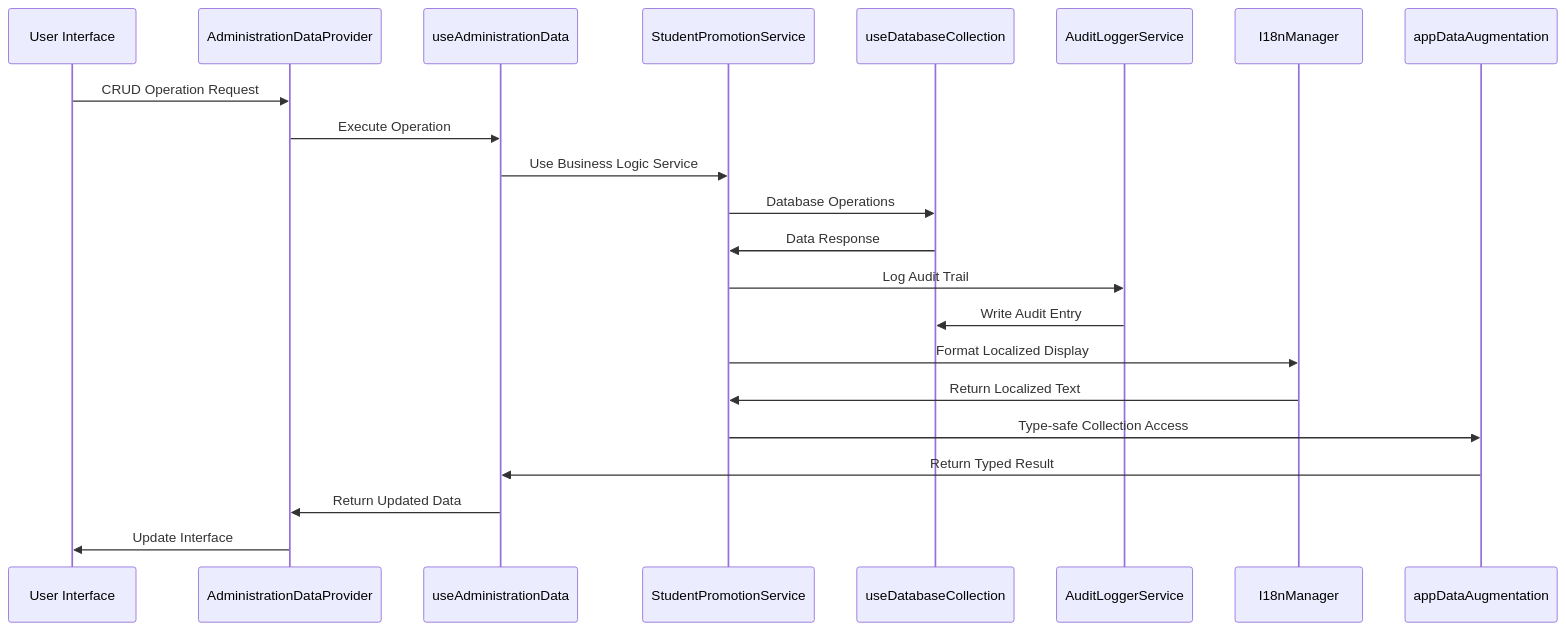
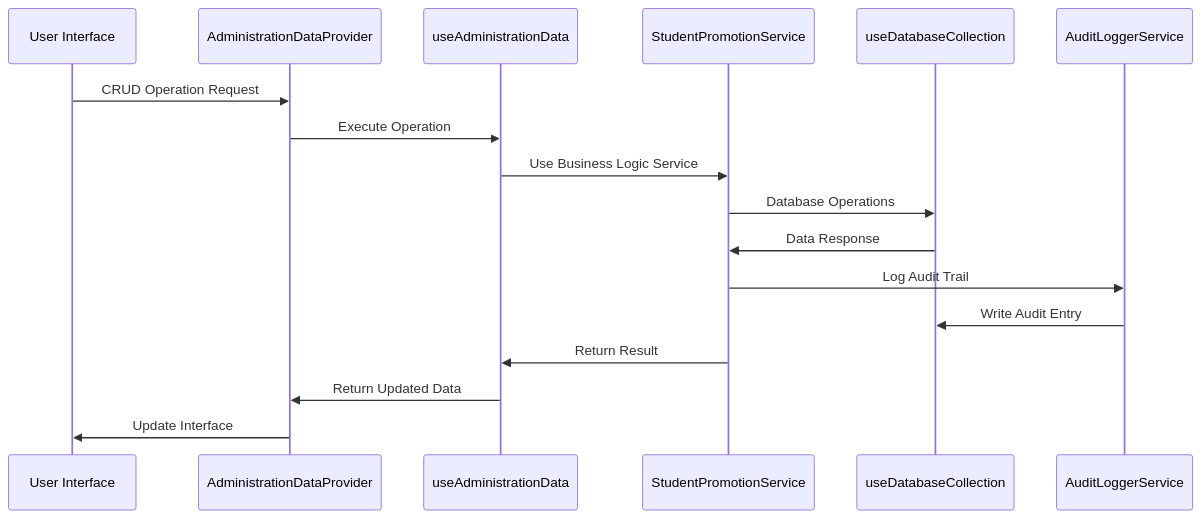
One commit to geniusdynamics/schoolpilot changed the third of 5 diagrams in .qoder/repowiki/en/content/Modules System/Administration Module.md. Above: the diagram before and after it, drawn with Mermaid. The commit also changed other lines of this file and 311 other files, not shown here.

````diff
--- a/.qoder/repowiki/en/content/Modules System/Administration Module.md
+++ b/.qoder/repowiki/en/content/Modules System/Administration Module.md
@@ -332,24 +281,19 @@
 ```mermaid
 sequenceDiagram
 participant UI as User Interface
 participant Provider as AdministrationDataProvider
 participant Hook as useAdministrationData
 participant Service as StudentPromotionService
 participant Collection as useDatabaseCollection
 participant AuditService as AuditLoggerService
-participant I18n as I18nManager
-participant Augmentation as appDataAugmentation
 UI->>Provider : CRUD Operation Request
 Provider->>Hook : Execute Operation
 Hook->>Service : Use Business Logic Service
 Service->>Collection : Database Operations
 Collection->>Service : Data Response
 Service->>AuditService : Log Audit Trail
 AuditService->>Collection : Write Audit Entry
-Service->>I18n : Format Localized Display
-I18n->>Service : Return Localized Text
-Service->>Augmentation : Type-safe Collection Access
-Augmentation->>Hook : Return Typed Result
+Service->>Hook : Return Result
 Hook->>Provider : Return Updated Data
 Provider->>UI : Update Interface
 ```
````
